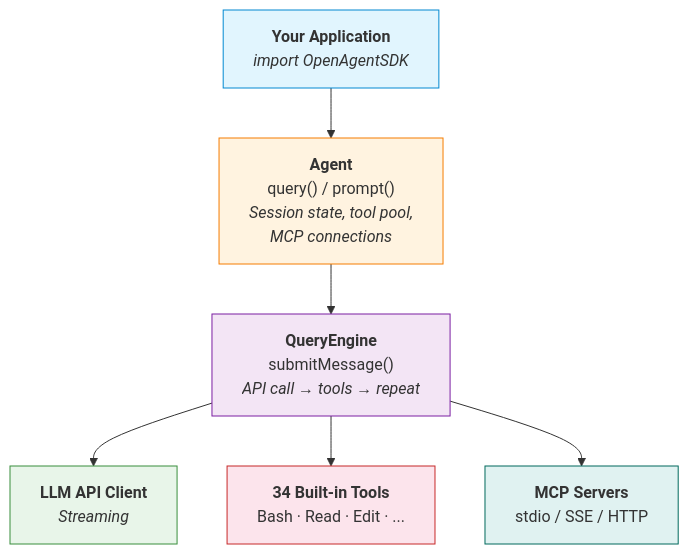
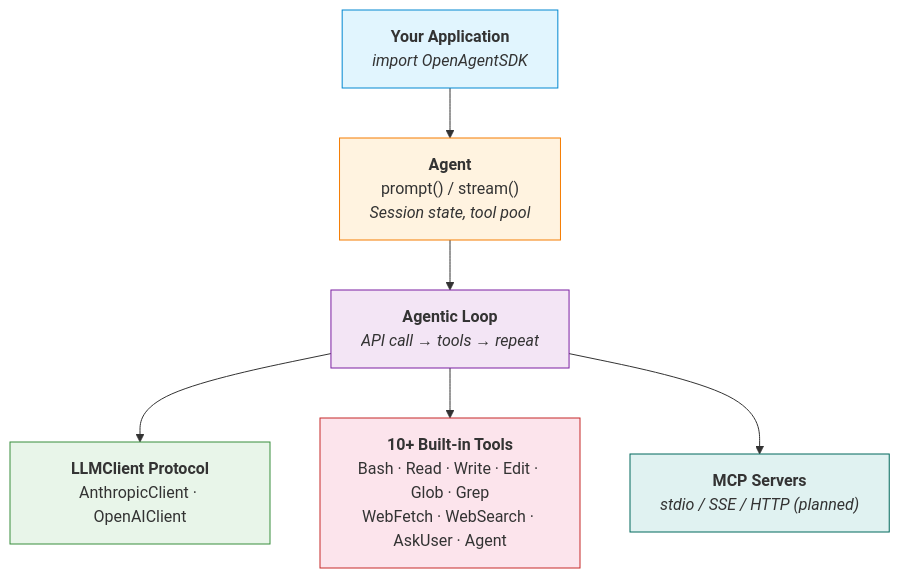
The diagram in README.md (terryso/open-agent-sdk-swift), drawn with Mermaid before and after one commit. The commit also changed other lines of this file and 1 other file, not shown here.

````diff
--- a/README.md
+++ b/README.md
@@ -122,18 +172,18 @@
 ```mermaid
 graph TD
     A["<b>Your Application</b><br/><i>import OpenAgentSDK</i>"] --> B
-    B["<b>Agent</b><br/>query() / prompt()<br/><i>Session state, tool pool,<br/>MCP connections</i>"] --> C
-    C["<b>QueryEngine</b><br/>submitMessage()<br/><i>API call → tools → repeat</i>"] --> D
+    B["<b>Agent</b><br/>prompt() / stream()<br/><i>Session state, tool pool</i>"] --> C
+    C["<b>Agentic Loop</b><br/><i>API call → tools → repeat</i>"] --> D
     C --> E
     C --> F
-    D["<b>LLM API Client</b><br/><i>Streaming</i>"]
-    E["<b>34 Built-in Tools</b><br/>Bash · Read · Edit · ..."]
-    F["<b>MCP Servers</b><br/>stdio / SSE / HTTP"]
+    D["<b>LLMClient Protocol</b><br/>AnthropicClient · OpenAIClient"]
+    E["<b>10+ Built-in Tools</b><br/>Bash · Read · Write · Edit · Glob · Grep<br/>WebFetch · WebSearch · AskUser · Agent"]
+    F["<b>MCP Servers</b><br/><i>stdio / SSE / HTTP (planned)</i>"]
 
     style A fill:#e1f5fe,stroke:#0288d1
     style B fill:#fff3e0,stroke:#f57c00
     style C fill:#f3e5f5,stroke:#7b1fa2
     style D fill:#e8f5e9,stroke:#388e3c
     style E fill:#fce4ec,stroke:#c62828
     style F fill:#e0f2f1,stroke:#00695c
 ```
````
